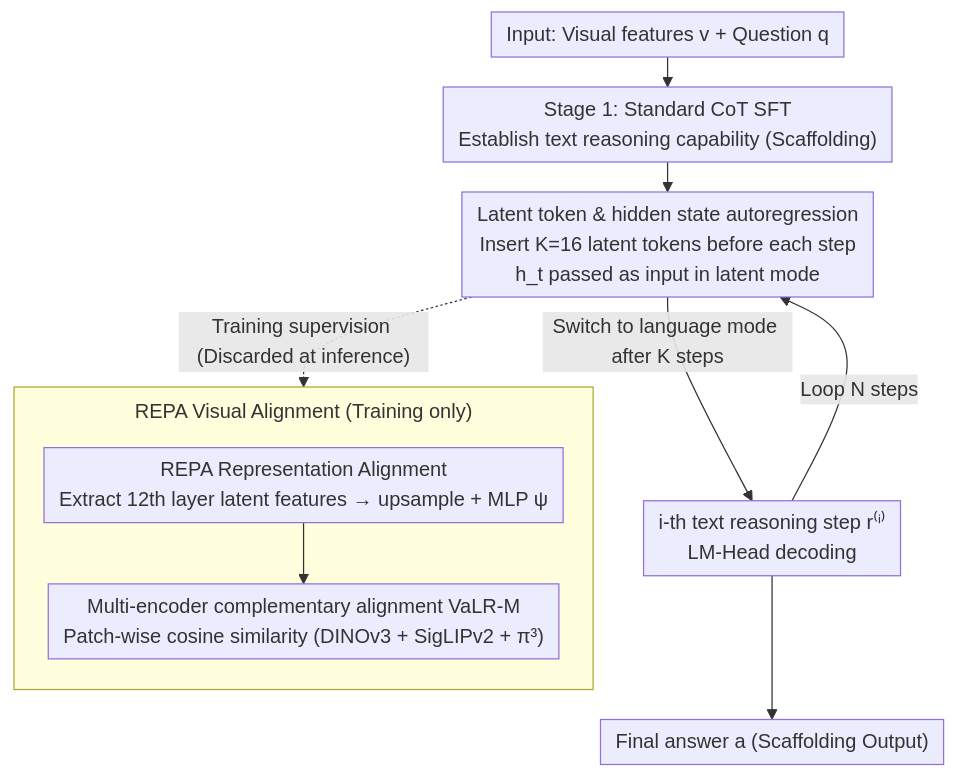
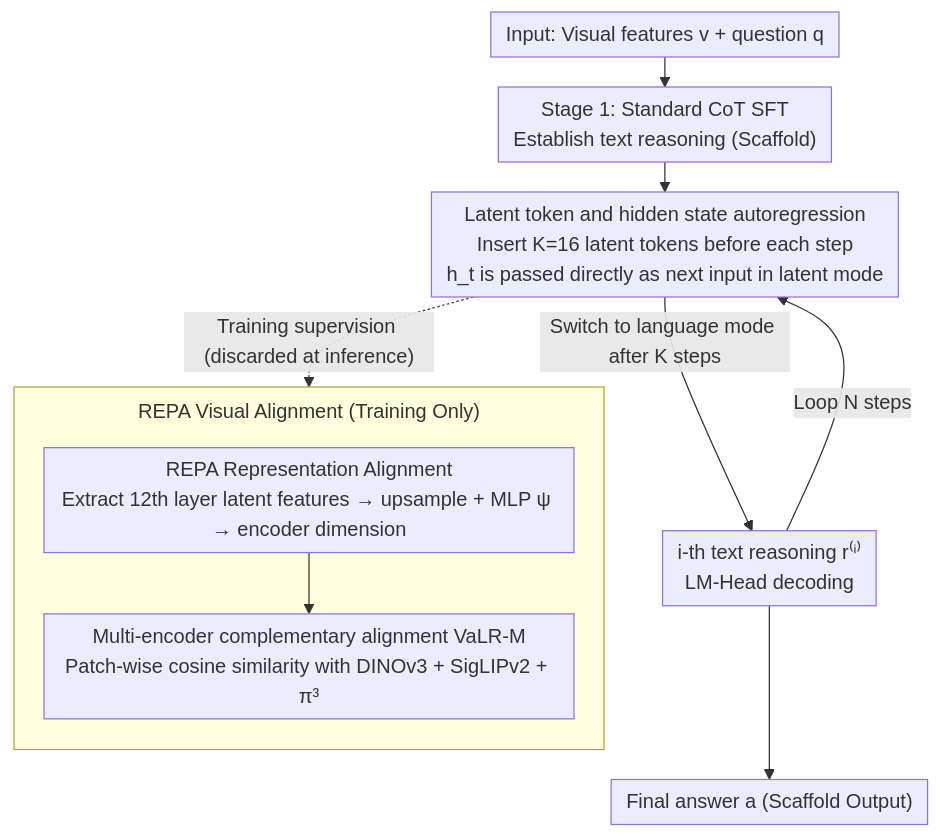
The diagram in docs/ICML2026/vlm_reasoning/vision-aligned_latent_reasoning_for_multi-modal_large_language_model.md (zhaoyang97/Paper-Notes-en), drawn with Mermaid before and after one commit. The commit also changed other lines of this file and 5084 other files, not shown here.

````diff
--- a/docs/ICML2026/vlm_reasoning/vision-aligned_latent_reasoning_for_multi-modal_large_language_model.md
+++ b/docs/ICML2026/vlm_reasoning/vision-aligned_latent_reasoning_for_multi-modal_large_language_model.md
@@ -45,14 +45,14 @@
 ```mermaid
 %%{init: {'flowchart': {'rankSpacing': 24, 'nodeSpacing': 28, 'padding': 6, 'wrappingWidth': 400, 'subGraphTitleMargin': {'top': 8, 'bottom': 16}}}}%%
 flowchart TD
-    A["Input: Visual features v + Question q"] --> B["Stage 1: Standard CoT SFT<br/>Establish text reasoning capability (Scaffolding)"]
-    B --> C["Latent token & hidden state autoregression<br/>Insert K=16 latent tokens before each step<br/>h_t passed as input in latent mode"]
-    C -->|"Switch to language mode after K steps"| D["i-th text reasoning step r⁽ⁱ⁾<br/>LM-Head decoding"]
+    A["Input: Visual features v + question q"] --> B["Stage 1: Standard CoT SFT<br/>Establish text reasoning (Scaffold)"]
+    B --> C["Latent token and hidden state autoregression<br/>Insert K=16 latent tokens before each step<br/>h_t is passed directly as next input in latent mode"]
+    C -->|"Switch to language mode after K steps"| D["i-th text reasoning r⁽ⁱ⁾<br/>LM-Head decoding"]
     D -->|"Loop N steps"| C
-    D --> F["Final answer a (Scaffolding Output)"]
-    C -. Training supervision (Discarded at inference) .-> G1
-    subgraph G["REPA Visual Alignment (Training only)"]
+    D --> F["Final answer a (Scaffold Output)"]
+    C -. Training supervision (discarded at inference) .-> G1
+    subgraph G["REPA Visual Alignment (Training Only)"]
         direction TB
-        G1["REPA Representation Alignment<br/>Extract 12th layer latent features → upsample + MLP ψ"] --> G2["Multi-encoder complementary alignment VaLR-M<br/>Patch-wise cosine similarity (DINOv3 + SigLIPv2 + π³)"]
+        G1["REPA Representation Alignment<br/>Extract 12th layer latent features → upsample + MLP ψ → encoder dimension"] --> G2["Multi-encoder complementary alignment VaLR-M<br/>Patch-wise cosine similarity with DINOv3 + SigLIPv2 + π³"]
     end
 ```
````
